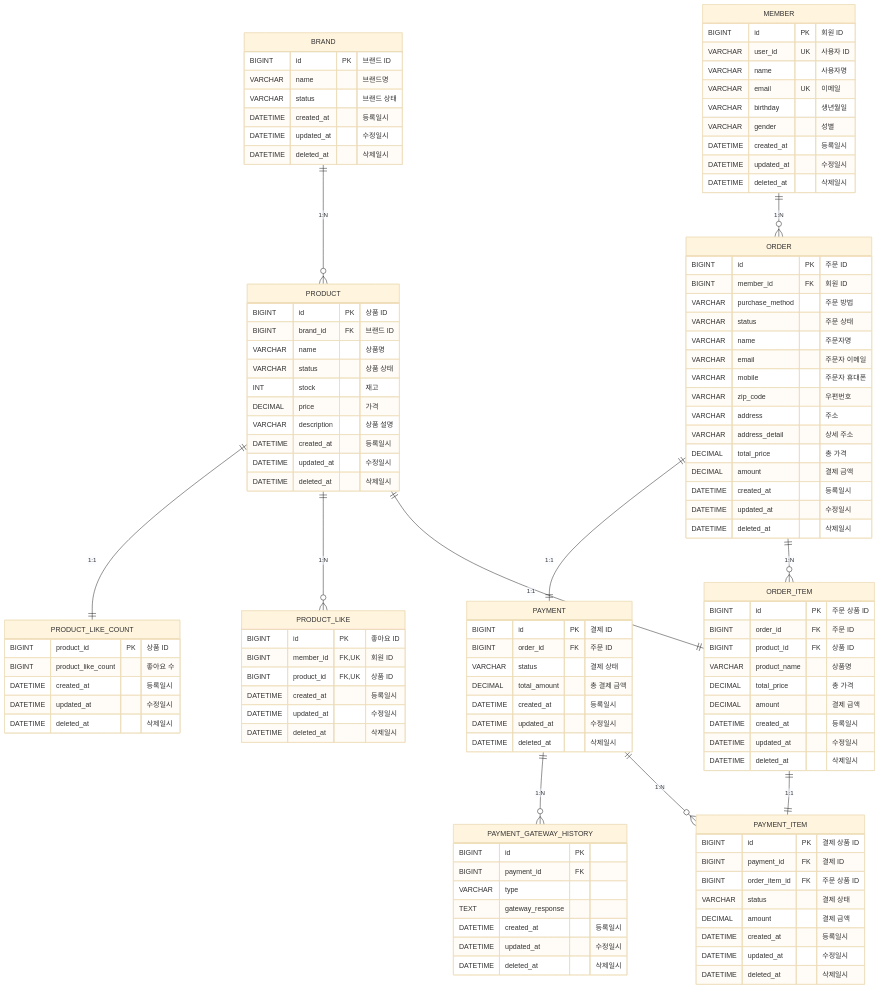
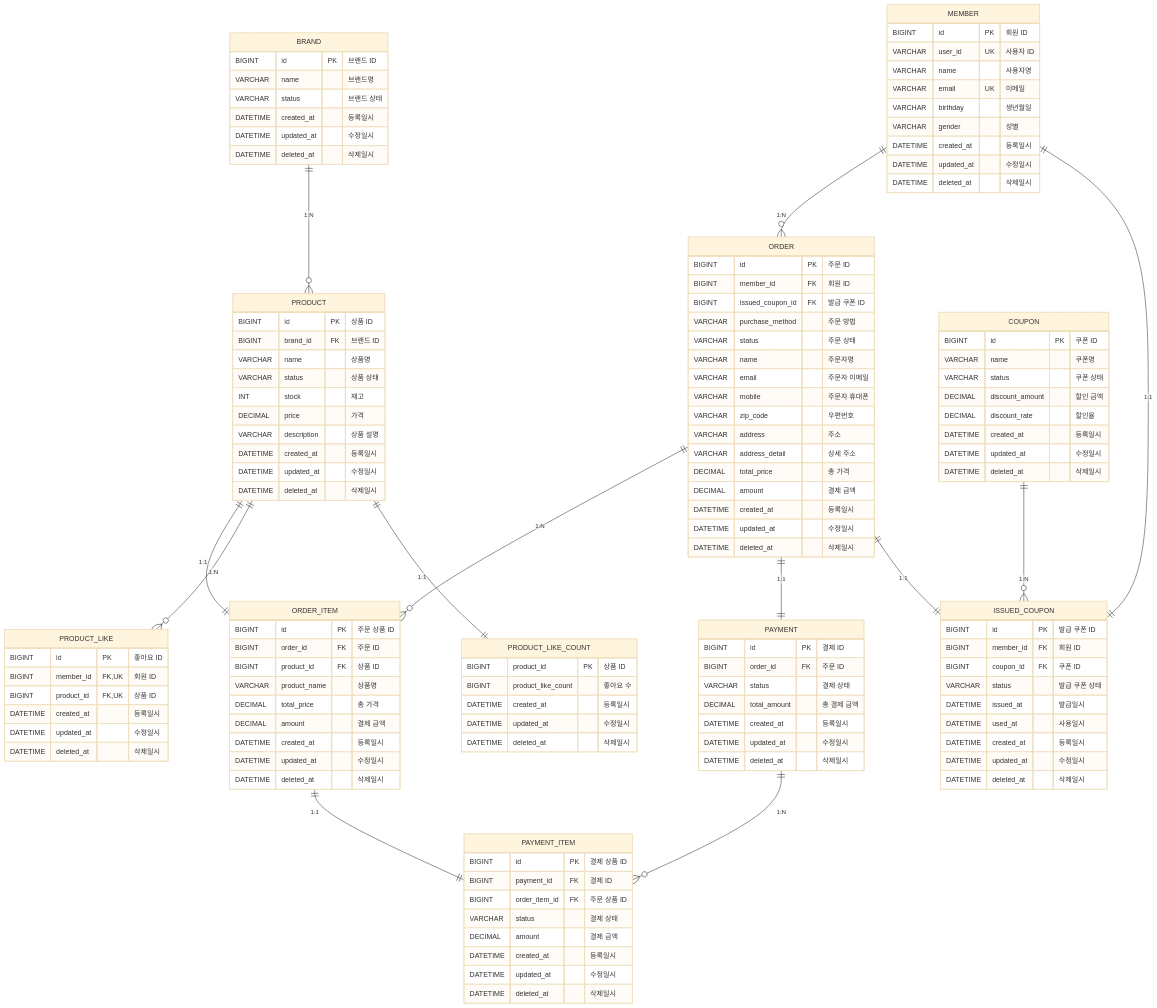
The diagram in docs/design/04-erd.md (kiekk/gamsung-commerce), drawn with Mermaid (base theme) before and after one commit.

Commit message:
docs: ERD 쿠폰, 발급 쿠폰 내용 추가

```diff
--- a/docs/design/04-erd.md
+++ b/docs/design/04-erd.md
@@ -10,8 +10,10 @@
     PRODUCT ||--|| PRODUCT_LIKE_COUNT: "1:1"
     ORDER ||--|| PAYMENT : "1:1"
     PAYMENT ||--o{ PAYMENT_ITEM : "1:N"
-    PAYMENT ||--o{ PAYMENT_GATEWAY_HISTORY : "1:N"
     ORDER_ITEM ||--|| PAYMENT_ITEM : "1:1"
+    COUPON ||--o{ ISSUED_COUPON : "1:N"
+    ISSUED_COUPON ||--|| MEMBER : "1:1"
+    ORDER ||--|| ISSUED_COUPON : "1:1"
 
     BRAND {
         BIGINT id PK "브랜드 ID"
@@ -50,6 +52,7 @@
     ORDER {
         BIGINT id PK "주문 ID"
         BIGINT member_id FK "회원 ID"
+        BIGINT issued_coupon_id FK "발급 쿠폰 ID"
         VARCHAR purchase_method "주문 방법"
         VARCHAR status "주문 상태"
         VARCHAR name "주문자명"
@@ -114,12 +117,25 @@
         DATETIME updated_at "수정일시"
         DATETIME deleted_at "삭제일시"
     }
-
-    PAYMENT_GATEWAY_HISTORY {
-        BIGINT id PK
-        BIGINT payment_id FK
-        VARCHAR type
-        TEXT gateway_response
+    
+    COUPON {
+        BIGINT id PK "쿠폰 ID"
+        VARCHAR name "쿠폰명"
+        VARCHAR status "쿠폰 상태"
+        DECIMAL discount_amount "할인 금액"
+        DECIMAL discount_rate "할인율"
+        DATETIME created_at "등록일시"
+        DATETIME updated_at "수정일시"
+        DATETIME deleted_at "삭제일시"
+    }
+    
+    ISSUED_COUPON {
+        BIGINT id PK "발급 쿠폰 ID"
+        BIGINT member_id FK "회원 ID"
+        BIGINT coupon_id FK "쿠폰 ID"
+        VARCHAR status "발급 쿠폰 상태"
+        DATETIME issued_at "발급일시"
+        DATETIME used_at "사용일시"
         DATETIME created_at "등록일시"
         DATETIME updated_at "수정일시"
         DATETIME deleted_at "삭제일시"
```
